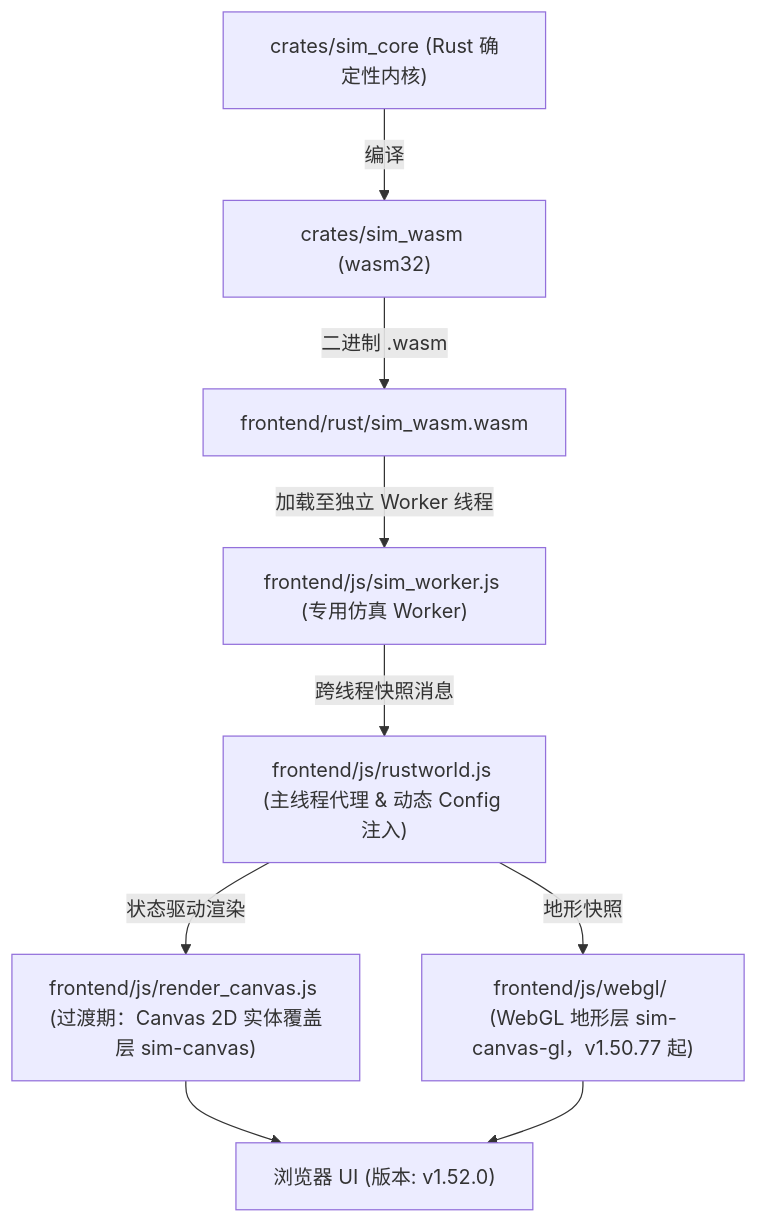
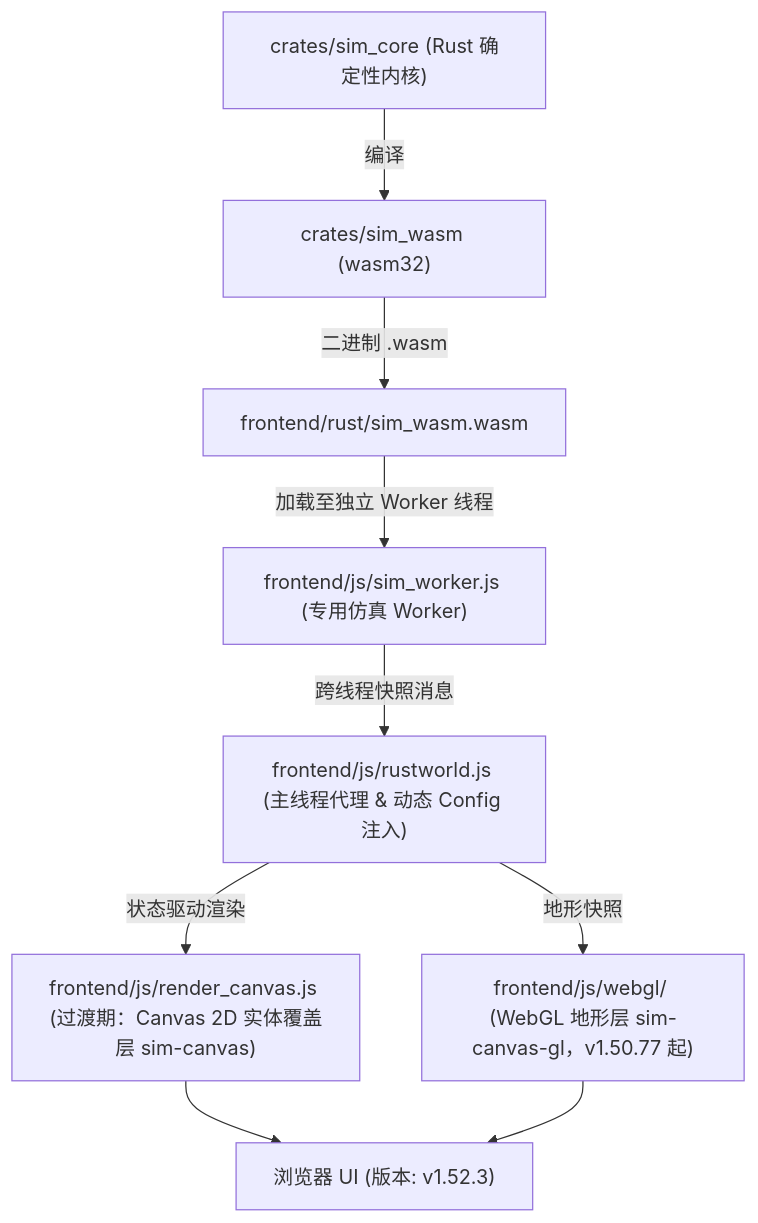
One commit to g39088902/FlowAndAccord changed the diagram in AGENTS.md. Above: the diagram before and after it, drawn with Mermaid. The commit also changed other lines of this file and 51 other files, not shown here.

````diff
--- a/AGENTS.md
+++ b/AGENTS.md
@@ -62,12 +62,12 @@
 ```mermaid
 graph TD
     A["crates/sim_core (Rust 确定性内核)"] -->|编译| B["crates/sim_wasm (wasm32)"]
     B -->|二进制 .wasm| C["frontend/rust/sim_wasm.wasm"]
     C -->|加载至独立 Worker 线程| D["frontend/js/sim_worker.js (专用仿真 Worker)"]
     D -->|跨线程快照消息| E["frontend/js/rustworld.js (主线程代理 & 动态 Config 注入)"]
     E -->|状态驱动渲染| F["frontend/js/render_canvas.js (过渡期：Canvas 2D 实体覆盖层 sim-canvas)"]
     E -->|地形快照| F2["frontend/js/webgl/ (WebGL 地形层 sim-canvas-gl，v1.50.77 起)"]
-    F --> G["浏览器 UI (版本: v1.52.0)"]
+    F --> G["浏览器 UI (版本: v1.52.3)"]
     F2 --> G
 
 ```
````
